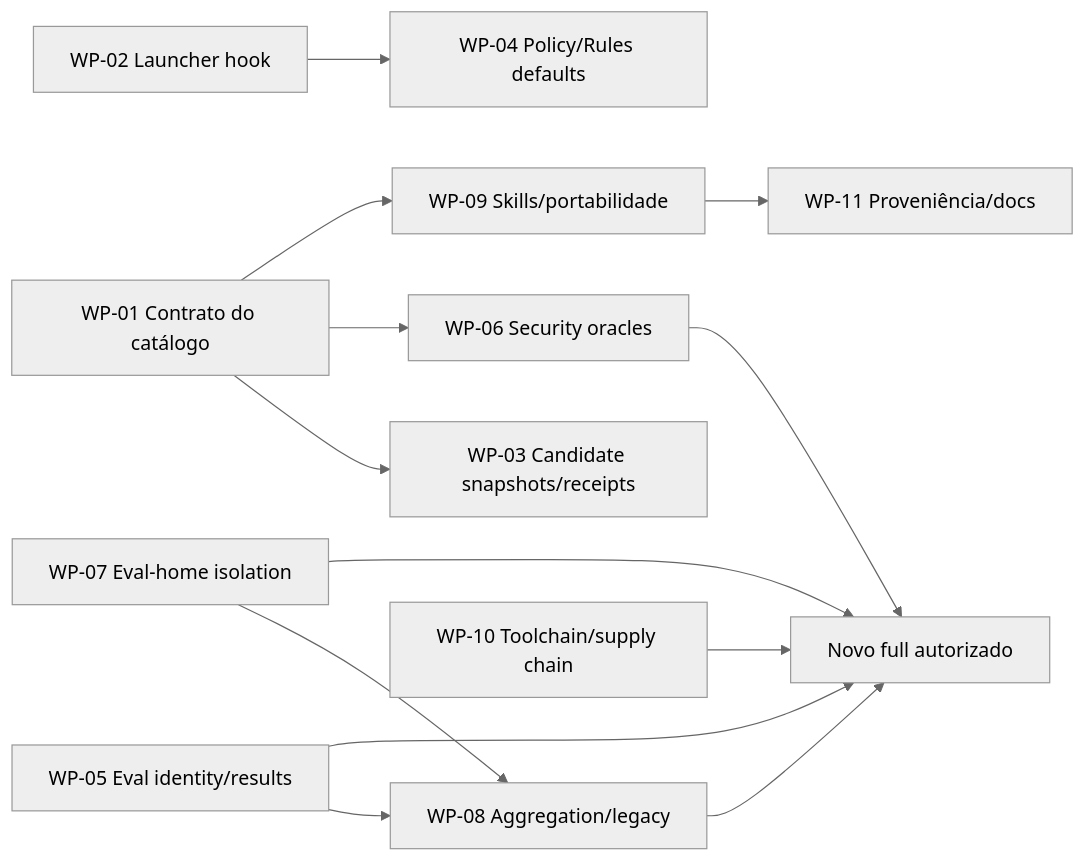
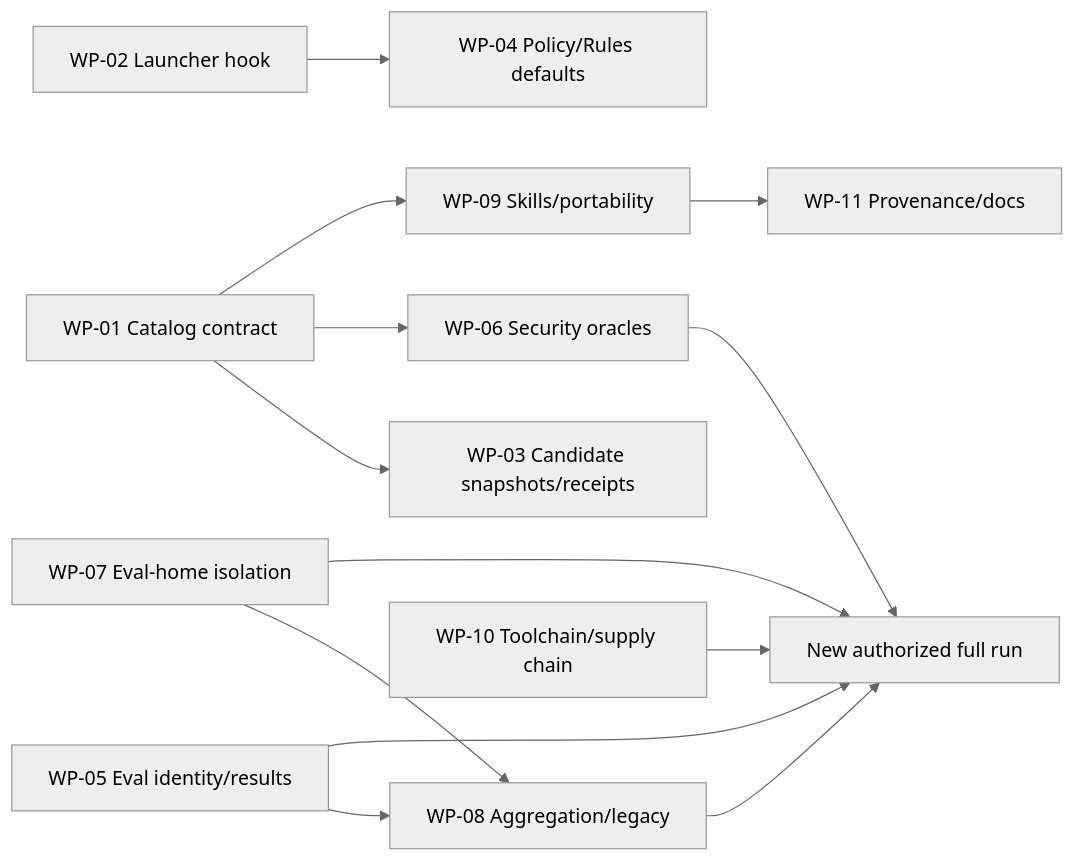
The diagram in docs/internal/audit/2026-08-06-tuxedo-repository-audit/08-remediation-work-packages.md (woliveiras/baseline), drawn with Mermaid (neutral theme) before and after one commit. The commit also changed other lines of this file and 13 other files, not shown here.

````diff
--- a/docs/internal/audit/2026-08-06-tuxedo-repository-audit/08-remediation-work-packages.md
+++ b/docs/internal/audit/2026-08-06-tuxedo-repository-audit/08-remediation-work-packages.md
@@ -11,15 +11,15 @@
 ```mermaid
 flowchart LR
-    W1["WP-01 Contrato do catálogo"] --> W3["WP-03 Candidate snapshots/receipts"]
+    W1["WP-01 Catalog contract"] --> W3["WP-03 Candidate snapshots/receipts"]
     W1 --> W6["WP-06 Security oracles"]
-    W1 --> W9["WP-09 Skills/portabilidade"]
+    W1 --> W9["WP-09 Skills/portability"]
     W2["WP-02 Launcher hook"] --> W4["WP-04 Policy/Rules defaults"]
     W5["WP-05 Eval identity/results"] --> W8["WP-08 Aggregation/legacy"]
     W7["WP-07 Eval-home isolation"] --> W8
-    W6 --> W12["Novo full autorizado"]
+    W6 --> W12["New authorized full run"]
     W8 --> W12
     W5 --> W12
     W7 --> W12
     W10["WP-10 Toolchain/supply chain"] --> W12
-    W9 --> W11["WP-11 Proveniência/docs"]
+    W9 --> W11["WP-11 Provenance/docs"]
 ```
````
